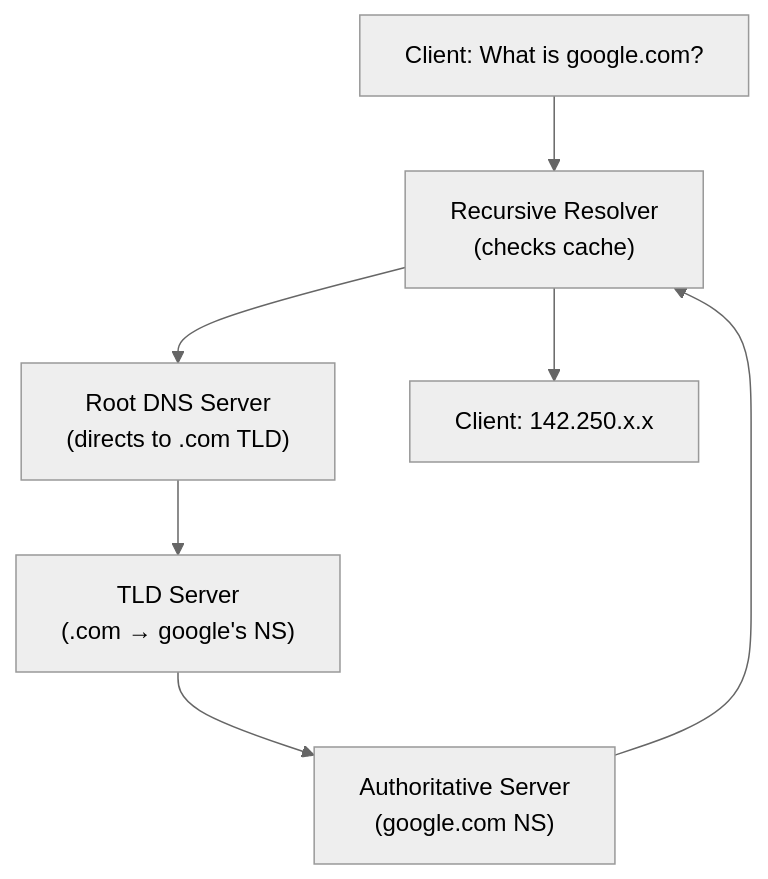
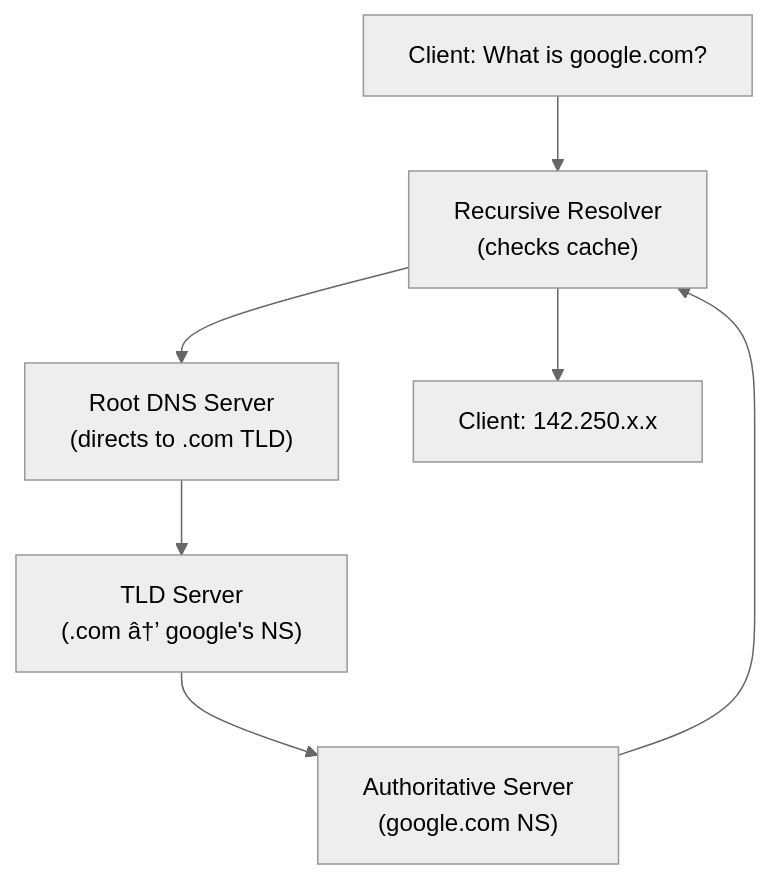
One commit to Patel-Neel-346/Notes changed the third of 9 diagrams in Backend-engineering/2-Communication-patterns/2.Request-respone.md. Above: the diagram before and after it, drawn with Mermaid (neutral theme). The commit also changed other lines of this file and 4 other files, not shown here.

````diff
--- a/Backend-engineering/2-Communication-patterns/2.Request-respone.md
+++ b/Backend-engineering/2-Communication-patterns/2.Request-respone.md
@@ -182,9 +193,9 @@
 ```mermaid
 flowchart TD
     A["Client: What is google.com?"] --> B["Recursive Resolver\n(checks cache)"]
     B --> C["Root DNS Server\n(directs to .com TLD)"]
-    C --> D["TLD Server\n(.com → google's NS)"]
+    C --> D["TLD Server\n(.com â†’ google's NS)"]
     D --> E["Authoritative Server\n(google.com NS)"]
     E --> B
     B --> A2["Client: 142.250.x.x"]
 ```
````
